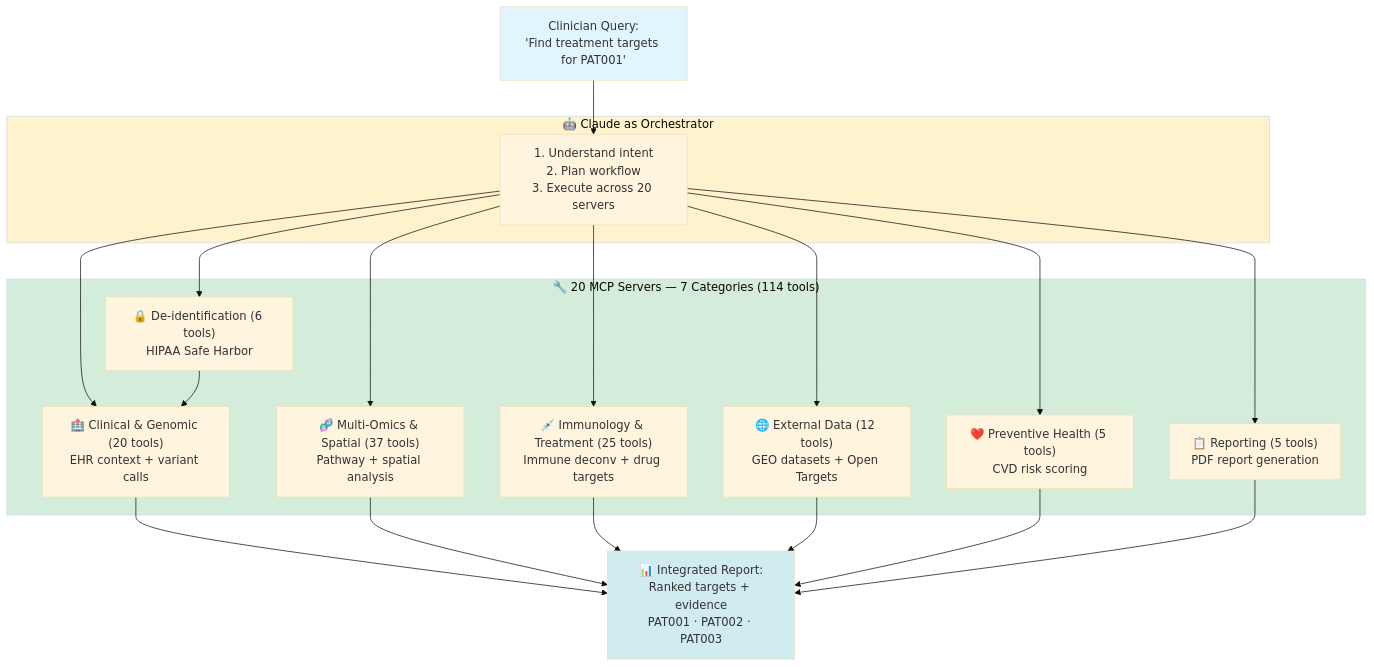
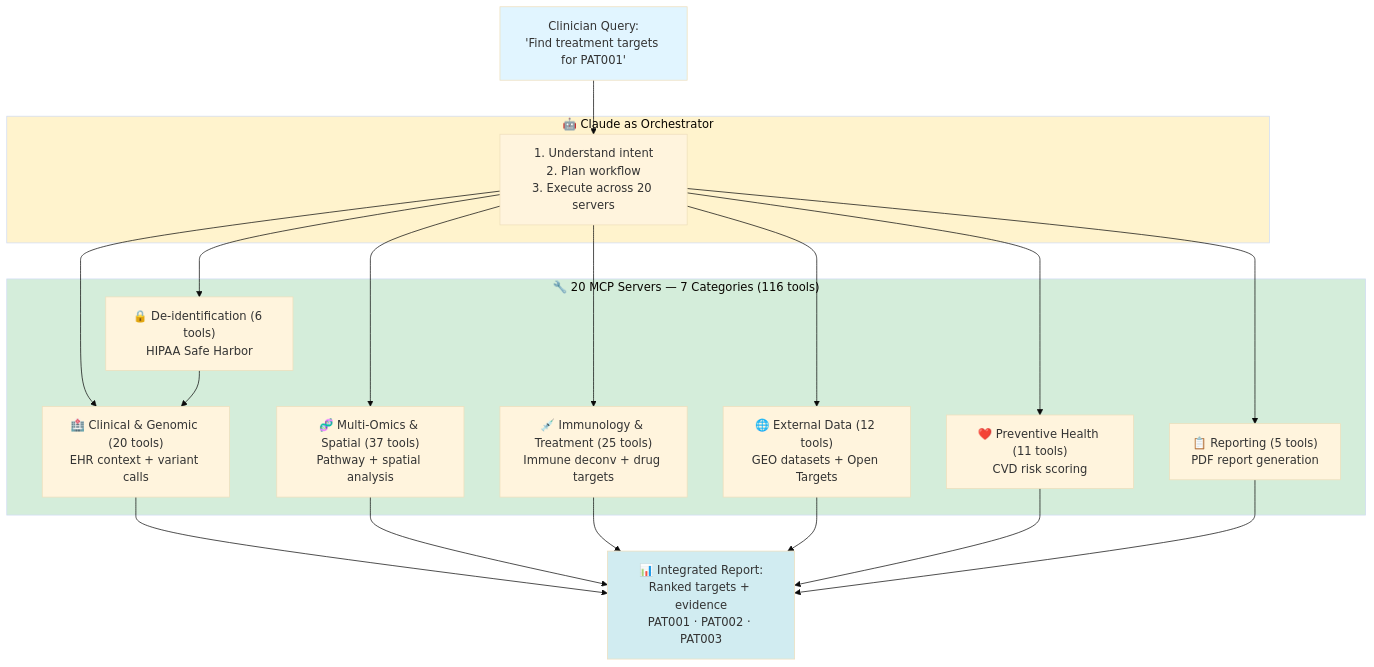
One commit to lynnlangit/spatial-mcp changed the first of 2 diagrams in docs/reference/architecture/WHY_MCP_FOR_HEALTHCARE.md. Above: the diagram before and after it, drawn with Mermaid (base theme). The commit also changed other lines of this file and 9 other files, not shown here.

````diff
--- a/docs/reference/architecture/WHY_MCP_FOR_HEALTHCARE.md
+++ b/docs/reference/architecture/WHY_MCP_FOR_HEALTHCARE.md
@@ -67,41 +67,41 @@
 ```mermaid
 graph TD
     USER["Clinician Query:<br/>'Find treatment targets for PAT001'"]
 
     subgraph Claude["🤖 Claude as Orchestrator"]
         PLAN["1. Understand intent<br/>2. Plan workflow<br/>3. Execute across 20 servers"]
     end
 
-    subgraph Servers["🔧 20 MCP Servers — 7 Categories (114 tools)"]
+    subgraph Servers["🔧 20 MCP Servers — 7 Categories (116 tools)"]
         STAGE0["🔒 De-identification (6 tools)<br/>HIPAA Safe Harbor"]
         CLINICAL["🏥 Clinical & Genomic (20 tools)<br/>EHR context + variant calls"]
         OMICS["🧬 Multi-Omics & Spatial (37 tools)<br/>Pathway + spatial analysis"]
         IMMUNO["💉 Immunology & Treatment (25 tools)<br/>Immune deconv + drug targets"]
         EXTDATA["🌐 External Data (12 tools)<br/>GEO datasets + Open Targets"]
-        PREVENT["❤️ Preventive Health (5 tools)<br/>CVD risk scoring"]
+        PREVENT["❤️ Preventive Health (11 tools)<br/>CVD risk scoring"]
         REPORT["📋 Reporting (5 tools)<br/>PDF report generation"]
     end
 
     RESULT["📊 Integrated Report:<br/>Ranked targets + evidence<br/>PAT001 · PAT002 · PAT003"]
 
     USER --> PLAN
     PLAN --> STAGE0
     PLAN --> CLINICAL
     PLAN --> OMICS
     PLAN --> IMMUNO
     PLAN --> EXTDATA
     PLAN --> PREVENT
     PLAN --> REPORT
     STAGE0 --> CLINICAL
     CLINICAL --> RESULT
     OMICS --> RESULT
     IMMUNO --> RESULT
     EXTDATA --> RESULT
     PREVENT --> RESULT
     REPORT --> RESULT
 
     style USER fill:#e1f5ff
     style Claude fill:#fff3cd
     style Servers fill:#d4edda
     style RESULT fill:#d1ecf1
 ```
````
